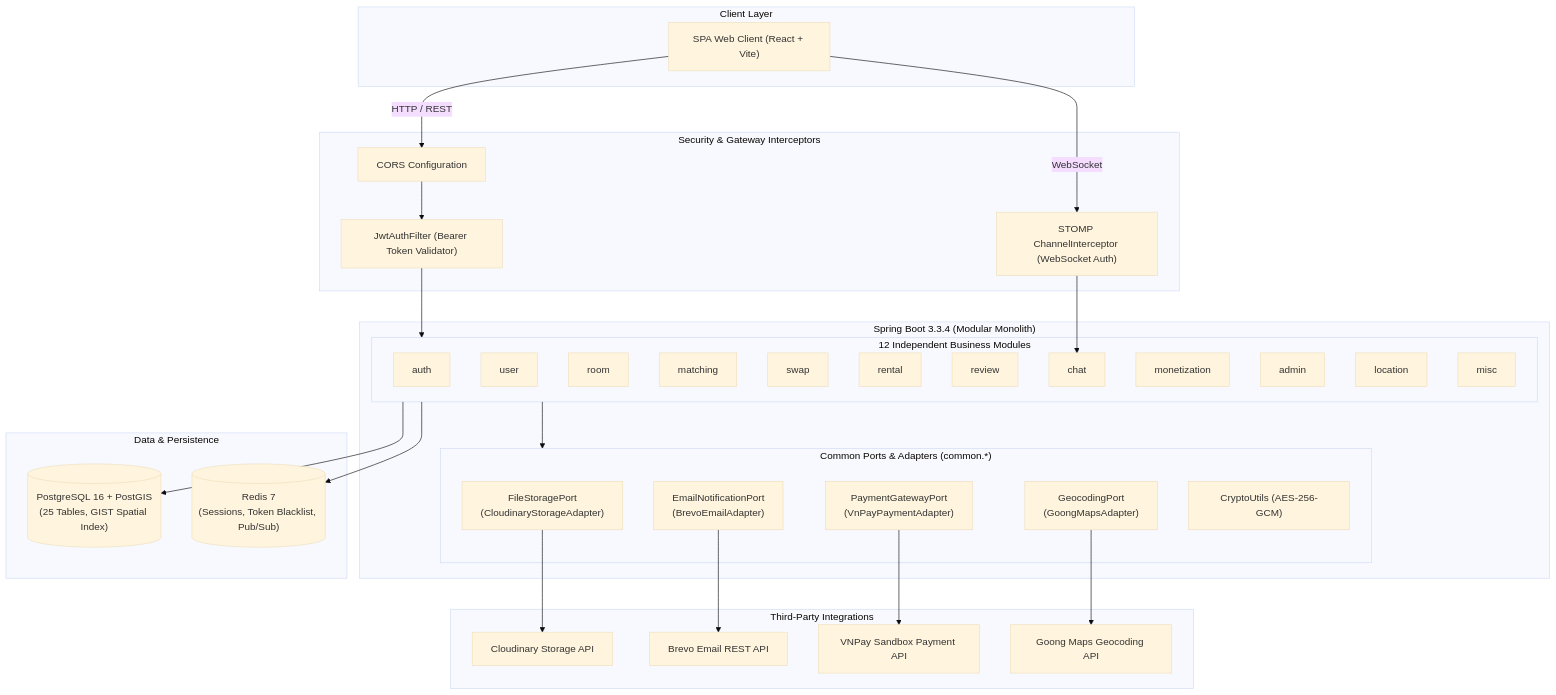
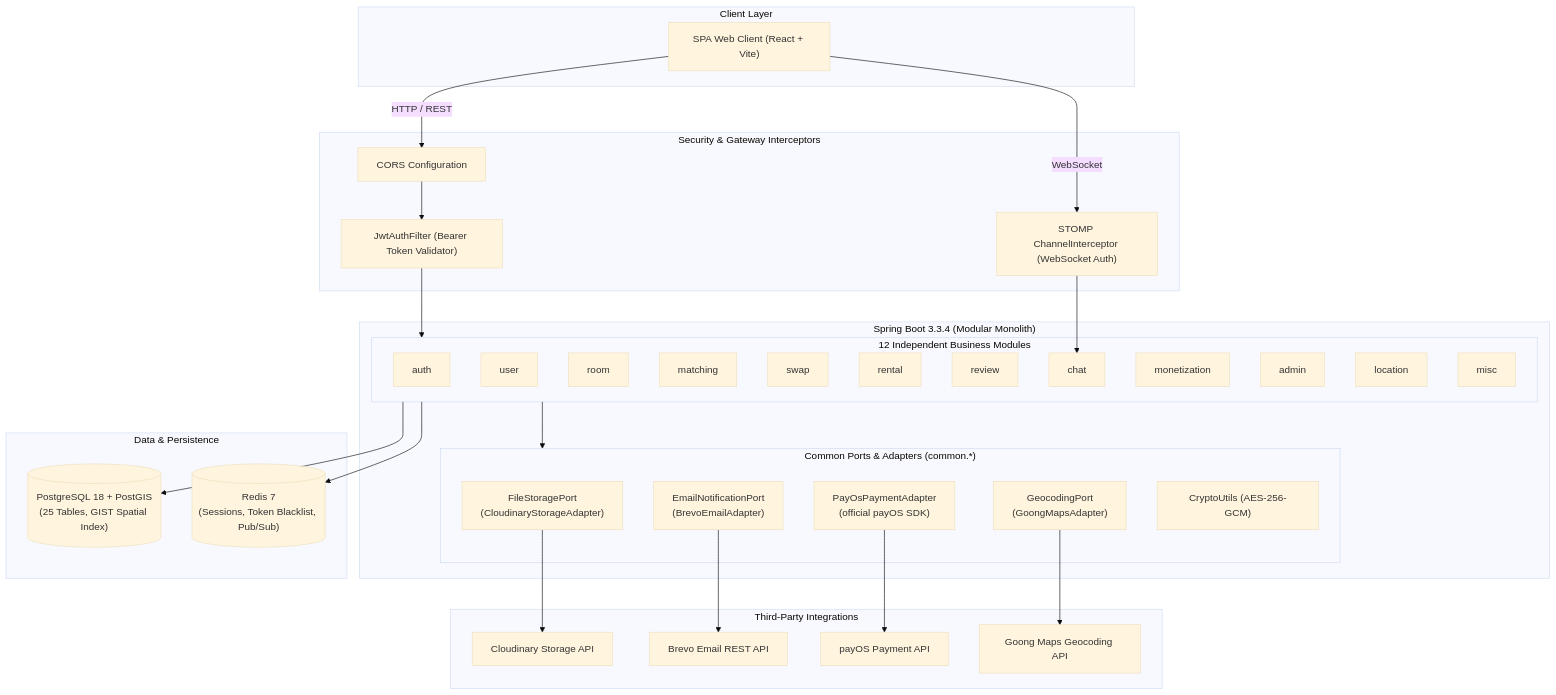
Before and after one commit to TruongHai-SE/phongtroxanh-backend: the diagram in README.md, drawn with Mermaid (base theme). The commit also changed other lines of this file and 32 other files, not shown here.

````diff
--- a/README.md
+++ b/README.md
@@ -59,61 +61,61 @@
 ```mermaid
 flowchart TB
     subgraph Clients["Client Layer"]
         WebClient["SPA Web Client (React + Vite)"]
     end
 
     subgraph SecurityGateway["Security & Gateway Interceptors"]
         CORS["CORS Configuration"]
         JWTFilter["JwtAuthFilter (Bearer Token Validator)"]
         WSInterceptor["STOMP ChannelInterceptor (WebSocket Auth)"]
     end
 
     subgraph ApplicationCore["Spring Boot 3.3.4 (Modular Monolith)"]
         subgraph BusinessModules["12 Independent Business Modules"]
             AuthMod["auth"]
             UserMod["user"]
             RoomMod["room"]
             MatchingMod["matching"]
             SwapMod["swap"]
             RentalMod["rental"]
             ReviewMod["review"]
             ChatMod["chat"]
             MonetizationMod["monetization"]
             AdminMod["admin"]
             LocationMod["location"]
             MiscMod["misc"]
         end
 
         subgraph CommonPorts["Common Ports & Adapters (common.*)"]
             StoragePort["FileStoragePort<br/>(CloudinaryStorageAdapter)"]
             MailPort["EmailNotificationPort<br/>(BrevoEmailAdapter)"]
-            PaymentPort["PaymentGatewayPort<br/>(VnPayPaymentAdapter)"]
+            PaymentPort["PayOsPaymentAdapter<br/>(official payOS SDK)"]
             GeoPort["GeocodingPort<br/>(GoongMapsAdapter)"]
             CryptoUtil["CryptoUtils (AES-256-GCM)"]
         end
     end
 
     subgraph DataInfrastructure["Data & Persistence"]
-        PostgresDB[("PostgreSQL 16 + PostGIS<br/>(25 Tables, GIST Spatial Index)")]
+        PostgresDB[("PostgreSQL 18 + PostGIS<br/>(25 Tables, GIST Spatial Index)")]
         RedisCache[("Redis 7<br/>(Sessions, Token Blacklist, Pub/Sub)")]
     end
 
     subgraph ExternalAPIs["Third-Party Integrations"]
         CloudinaryAPI["Cloudinary Storage API"]
         BrevoAPI["Brevo Email REST API"]
-        VNPayAPI["VNPay Sandbox Payment API"]
+        PayOSAPI["payOS Payment API"]
         GoongAPI["Goong Maps Geocoding API"]
     end
 
     WebClient -->|HTTP / REST| CORS --> JWTFilter --> BusinessModules
     WebClient -->|WebSocket| WSInterceptor --> ChatMod
 
     BusinessModules --> CommonPorts
     BusinessModules --> PostgresDB
     BusinessModules --> RedisCache
 
     StoragePort --> CloudinaryAPI
     MailPort --> BrevoAPI
-    PaymentPort --> VNPayAPI
+    PaymentPort --> PayOSAPI
     GeoPort --> GoongAPI
 ```
````
